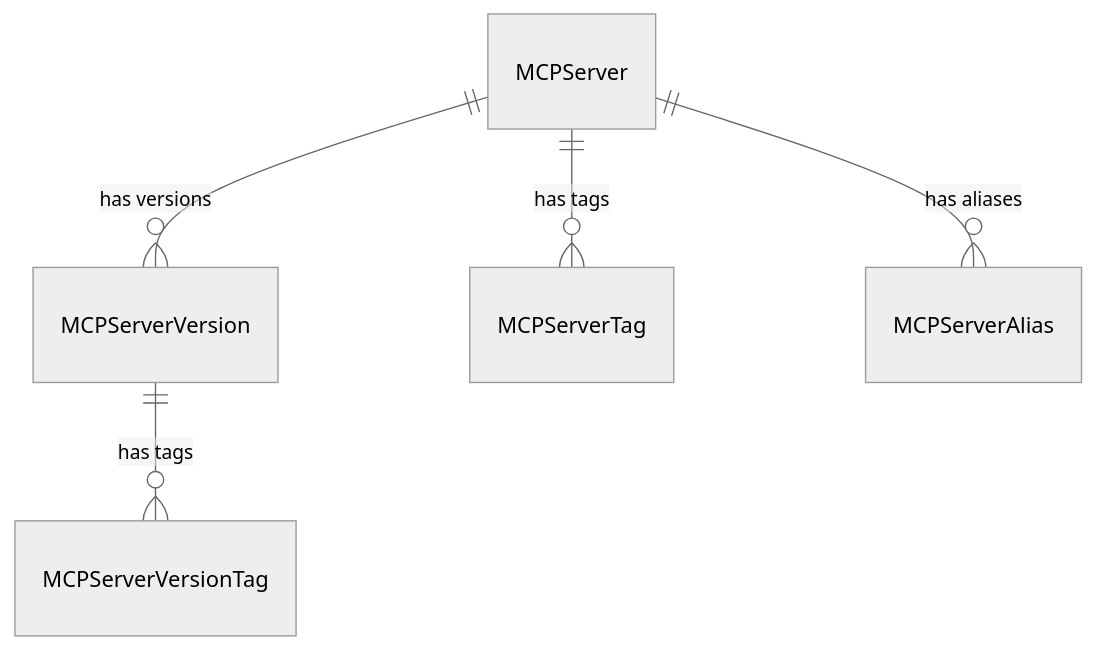
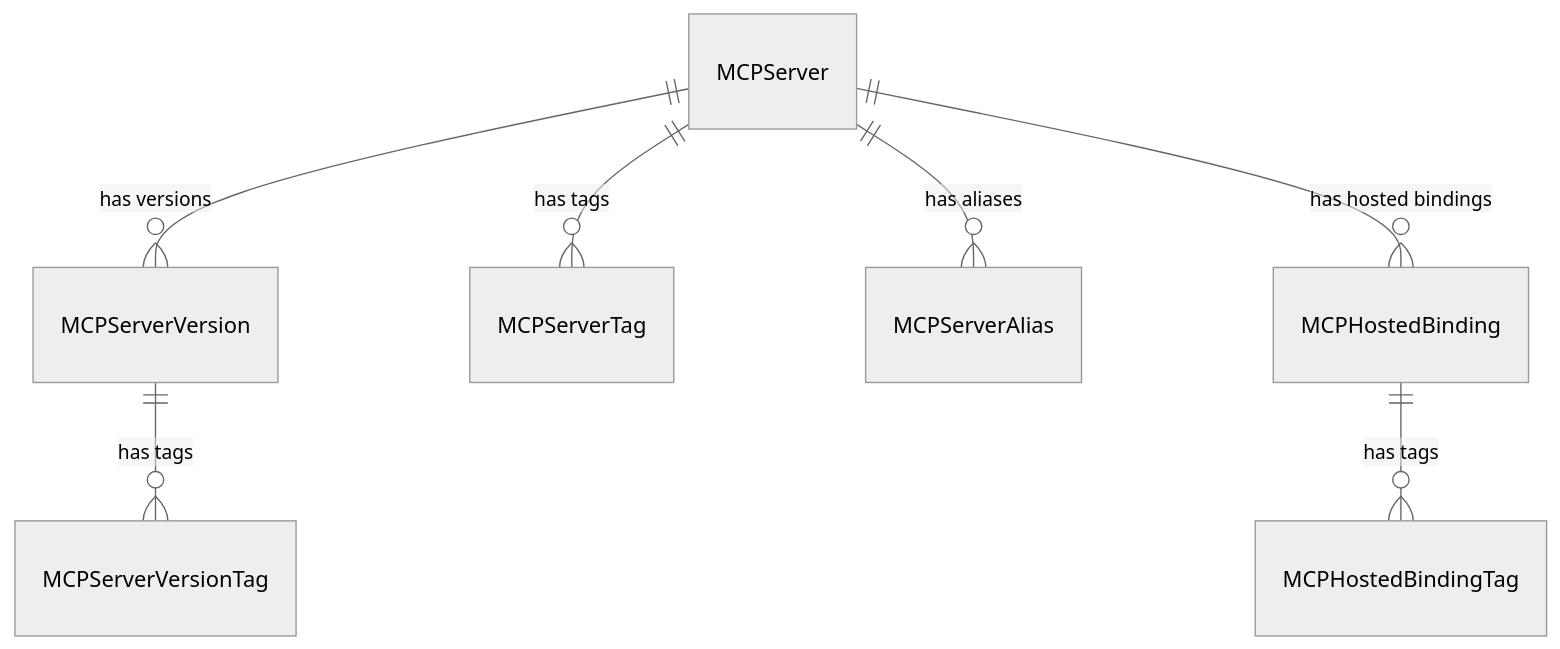
Before and after one commit to mlflow/rfcs: the first of 2 diagrams in rfcs/0004-mcp-registry/0004-mcp-registry.md, drawn with Mermaid (neutral theme). The commit also changed other lines of this file, not shown here.

First line of the commit message:
Add MCPHostedBinding as a way to denote an MCP registry entry as deployed

````diff
--- a/rfcs/0004-mcp-registry/0004-mcp-registry.md
+++ b/rfcs/0004-mcp-registry/0004-mcp-registry.md
@@ -193,7 +198,9 @@
 ```mermaid
 erDiagram
     MCPServer ||--o{ MCPServerVersion : "has versions"
     MCPServer ||--o{ MCPServerTag : "has tags"
     MCPServer ||--o{ MCPServerAlias : "has aliases"
     MCPServerVersion ||--o{ MCPServerVersionTag : "has tags"
+    MCPServer ||--o{ MCPHostedBinding : "has hosted bindings"
+    MCPHostedBinding ||--o{ MCPHostedBindingTag : "has tags"
 ```
````
